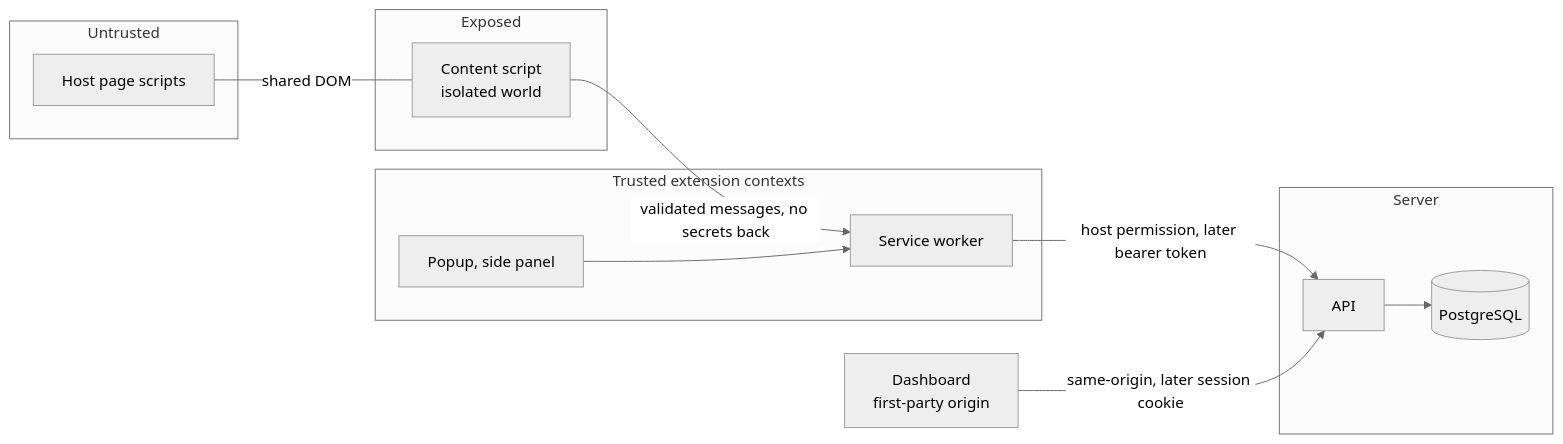
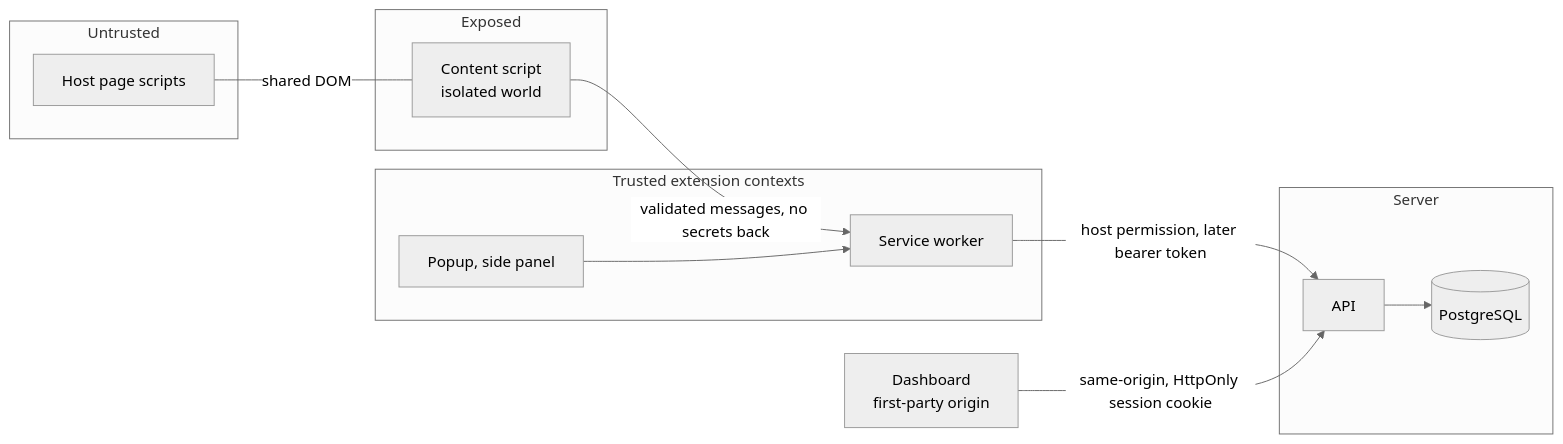
One commit to JJMonzon072/contextlayer changed the ninth of 9 diagrams in docs/architecture.md. Above: the diagram before and after it, drawn with Mermaid (neutral theme). The commit also changed other lines of this file and 17 other files, not shown here.

````diff
--- a/docs/architecture.md
+++ b/docs/architecture.md
@@ -402,24 +404,24 @@
 ```mermaid
 flowchart LR
   subgraph untrusted[Untrusted]
     page[Host page scripts]
   end
   subgraph exposed[Exposed]
     cs[Content script<br/>isolated world]
   end
   subgraph trusted[Trusted extension contexts]
     ext[Popup, side panel]
     sw[Service worker]
   end
   subgraph server[Server]
     api[API]
     db[(PostgreSQL)]
   end
   dash[Dashboard<br/>first-party origin]
   page -- "shared DOM" --- cs
   cs -- "validated messages, no secrets back" --> sw
   ext --> sw
   sw -- "host permission, later bearer token" --> api
-  dash -- "same-origin, later session cookie" --> api
+  dash -- "same-origin, HttpOnly session cookie" --> api
   api --> db
 ```
````
